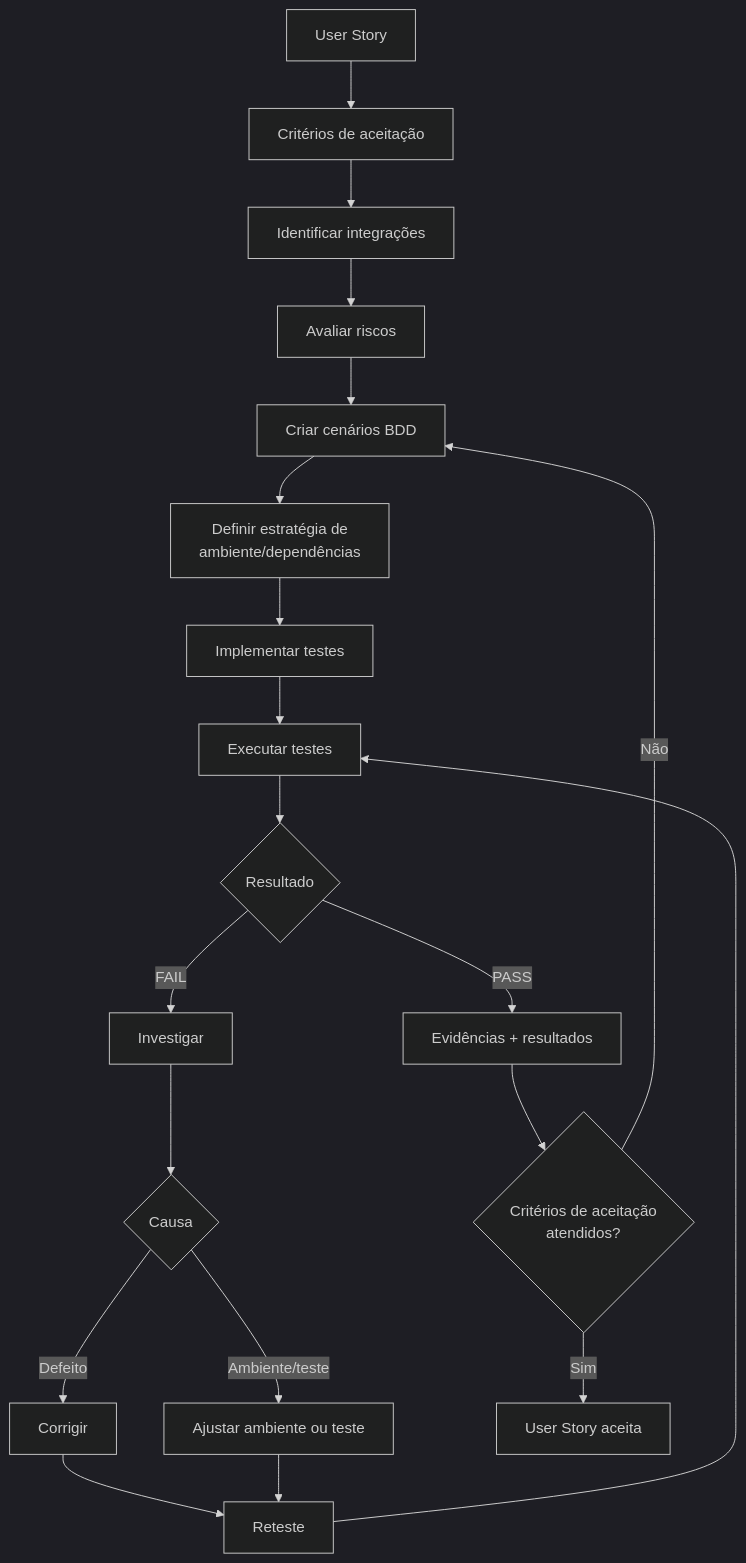
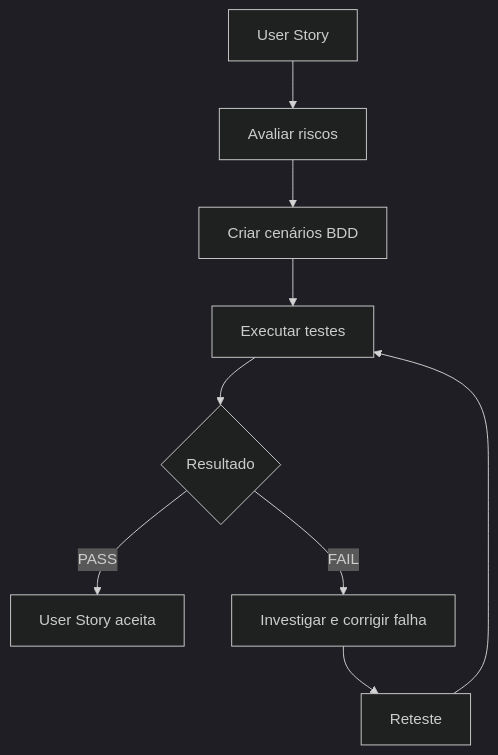
Before and after one commit to Isaque-BD/wikilawTesteDeIntegra-o: the diagram in docs/TESTE_DE_INTEGRAÇÃO.MD, drawn with Mermaid (dark theme). The commit also changed other lines of this file, not shown here.

````diff
--- a/docs/TESTE_DE_INTEGRAÇÃO.MD
+++ b/docs/TESTE_DE_INTEGRAÇÃO.MD
@@ -75,22 +104,11 @@
 ```mermaid
 flowchart TD
-    US[User Story] --> AC[Critérios de aceitação]
-    AC --> IN[Identificar integrações]
-    IN --> RI[Avaliar riscos]
-    RI --> BDD[Criar cenários BDD]
-    BDD --> ENV[Definir estratégia de<br/>ambiente/dependências]
-    ENV --> IMPL[Implementar testes]
-    IMPL --> EXEC[Executar testes]
+    US[User Story] --> R[Avaliar riscos]
+    R --> BDD[Criar cenários BDD]
+    BDD --> EXEC[Executar testes]
     EXEC --> RES{Resultado}
-    RES -->|PASS| EV[Evidências + resultados]
-    RES -->|FAIL| INV[Investigar]
-    INV --> CAUSA{Causa}
-    CAUSA -->|Defeito| FIX[Corrigir]
-    CAUSA -->|Ambiente/teste| ADJ[Ajustar ambiente ou teste]
-    FIX --> RETESTE[Reteste]
-    ADJ --> RETESTE
-    RETESTE --> EXEC
-    EV --> OK{Critérios de aceitação<br/>atendidos?}
-    OK -->|Sim| DONE[User Story aceita]
-    OK -->|Não| BDD
+    RES -->|PASS| OK[User Story aceita]
+    RES -->|FAIL| FIX[Investigar e corrigir falha]
+    FIX --> RETEST[Reteste]
+    RETEST --> EXEC
 ```
````
